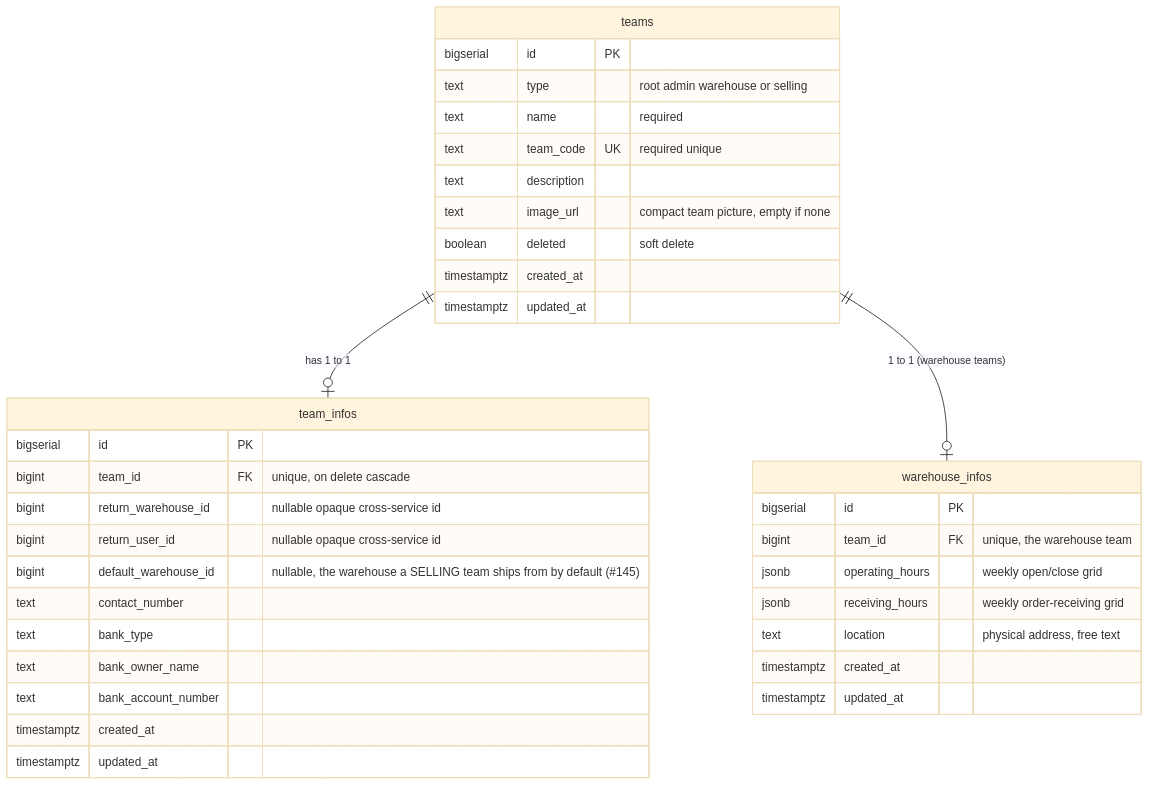
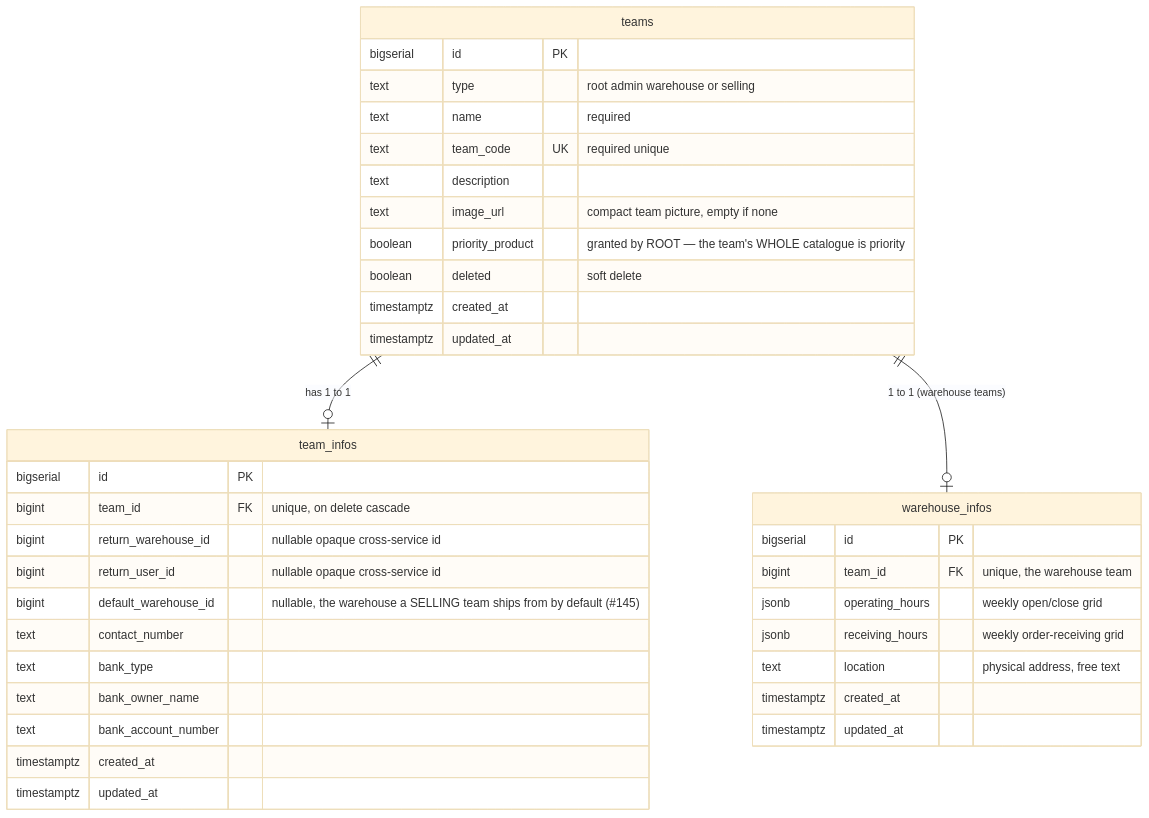
One commit to pdcgo/warehouse_revamp changed the first of 13 diagrams in docs/database-schema.md. Above: the diagram before and after it, drawn with Mermaid (base theme). The commit also changed other lines of this file and 133 other files, not shown here.

````diff
--- a/docs/database-schema.md
+++ b/docs/database-schema.md
@@ -18,41 +18,42 @@
 ```mermaid
 erDiagram
     teams ||--o| team_infos : "has 1 to 1"
     teams ||--o| warehouse_infos : "1 to 1 (warehouse teams)"
 
     teams {
         bigserial   id          PK
         text        type        "root admin warehouse or selling"
         text        name        "required"
         text        team_code   UK "required unique"
         text        description
         text        image_url   "compact team picture, empty if none"
+        boolean     priority_product "granted by ROOT — the team's WHOLE catalogue is priority"
         boolean     deleted     "soft delete"
         timestamptz created_at
         timestamptz updated_at
     }
 
     team_infos {
         bigserial   id                  PK
         bigint      team_id             FK "unique, on delete cascade"
         bigint      return_warehouse_id "nullable opaque cross-service id"
         bigint      return_user_id      "nullable opaque cross-service id"
         bigint      default_warehouse_id "nullable, the warehouse a SELLING team ships from by default (#145)"
         text        contact_number
         text        bank_type
         text        bank_owner_name
         text        bank_account_number
         timestamptz created_at
         timestamptz updated_at
     }
 
     warehouse_infos {
         bigserial   id              PK
         bigint      team_id         FK "unique, the warehouse team"
         jsonb       operating_hours "weekly open/close grid"
         jsonb       receiving_hours "weekly order-receiving grid"
         text        location        "physical address, free text"
         timestamptz created_at
         timestamptz updated_at
     }
 ```
````
